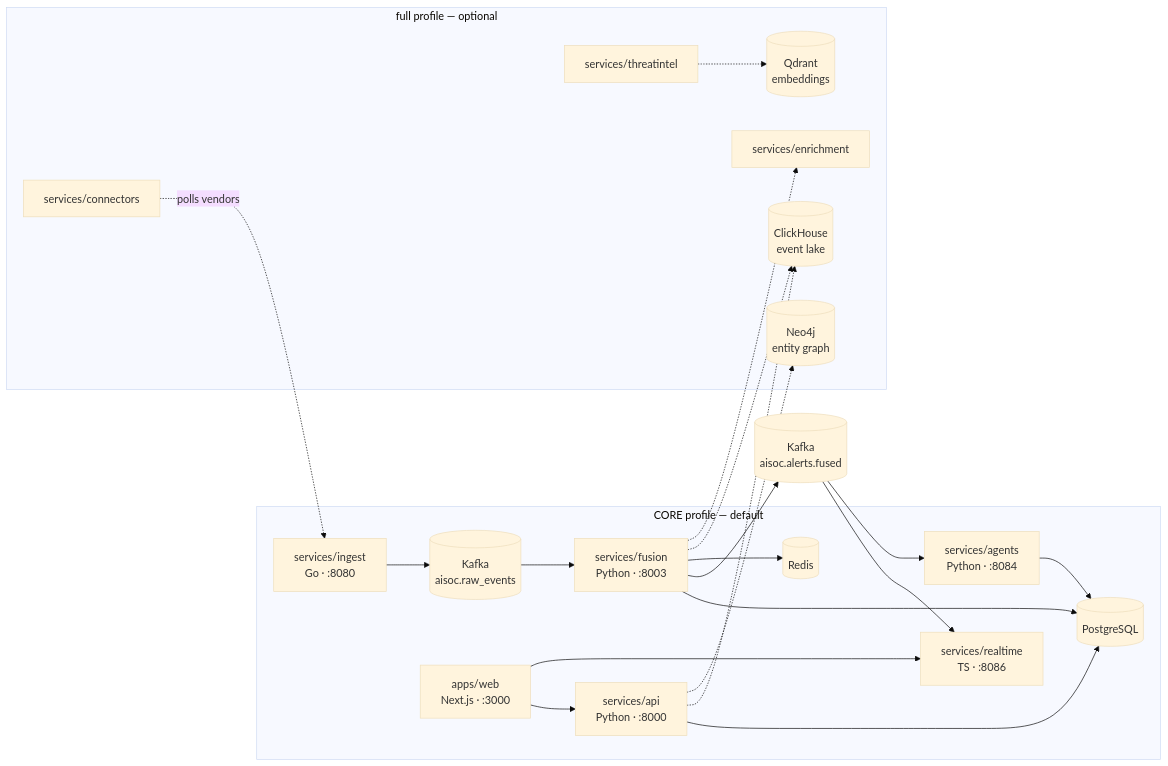
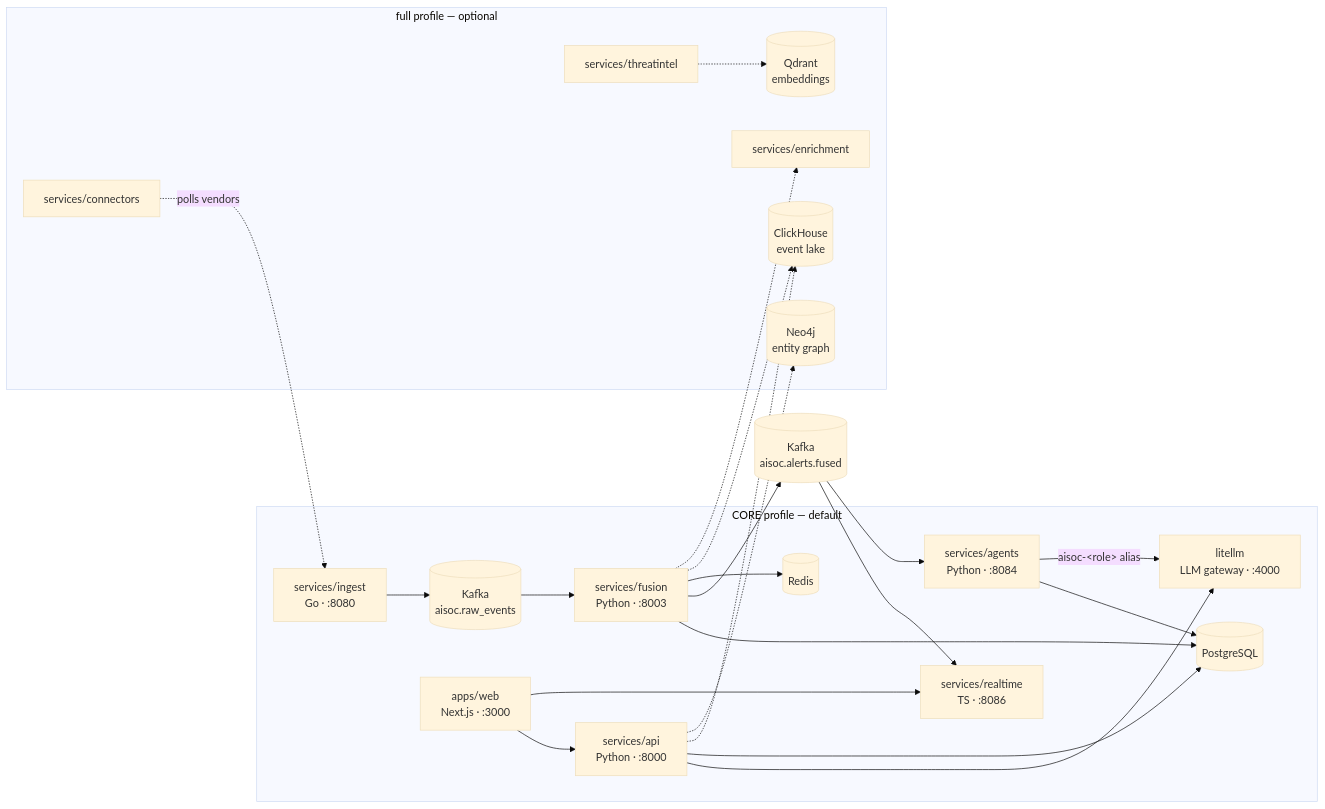
The second of 5 diagrams in docs/architecture/README.md (beenuar/AiSOC), drawn with Mermaid (base theme) before and after one commit. The commit also changed 40 other files, not shown here.

````diff
--- a/docs/architecture/README.md
+++ b/docs/architecture/README.md
@@ -103,41 +103,44 @@
 ```mermaid
 flowchart LR
     subgraph core ["CORE profile — default"]
         ing["services/ingest<br/>Go · :8080"]
         kaf[("Kafka<br/>aisoc.raw_events")]
         fus["services/fusion<br/>Python · :8003"]
         pg[("PostgreSQL")]
         rds[("Redis")]
         api["services/api<br/>Python · :8000"]
         rt["services/realtime<br/>TS · :8086"]
         agt["services/agents<br/>Python · :8084"]
         web["apps/web<br/>Next.js · :3000"]
+        llm["litellm<br/>LLM gateway · :4000"]
     end
 
     subgraph full ["full profile — optional"]
         ch[("ClickHouse<br/>event lake")]
         neo[("Neo4j<br/>entity graph")]
         qd[("Qdrant<br/>embeddings")]
         enr["services/enrichment"]
         conn["services/connectors"]
         ti["services/threatintel"]
     end
 
     conn -.->|"polls vendors"| ing
     ing --> kaf
     kaf --> fus
     fus --> pg
     fus --> kafd[("Kafka<br/>aisoc.alerts.fused")]
     fus --> rds
     fus -.-> ch
     fus -.-> enr
     kafd --> rt
     kafd --> agt
     agt --> pg
+    agt -->|"aisoc-&lt;role&gt; alias"| llm
+    api --> llm
     api --> pg
     api -.-> ch
     api -.-> neo
     ti -.-> qd
     web --> api
     web --> rt
 ```
````
